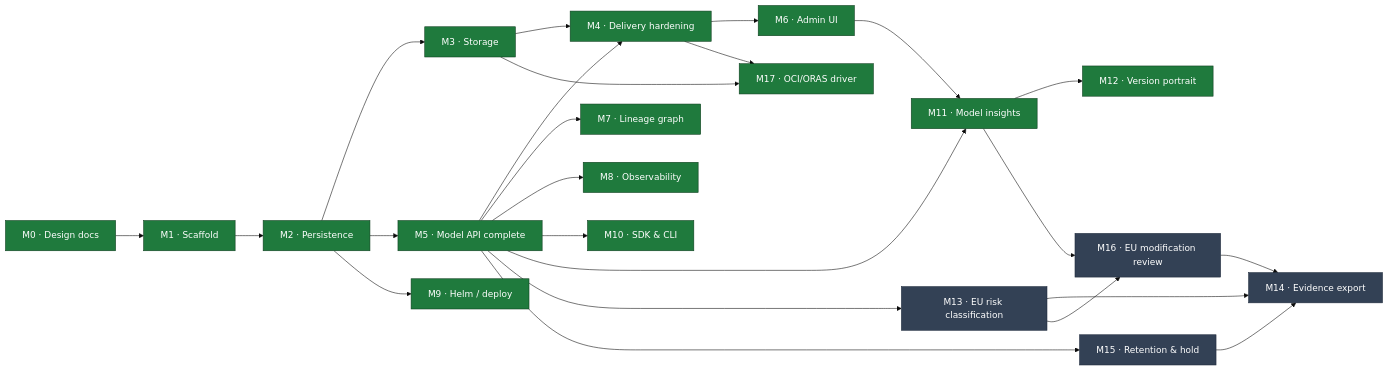
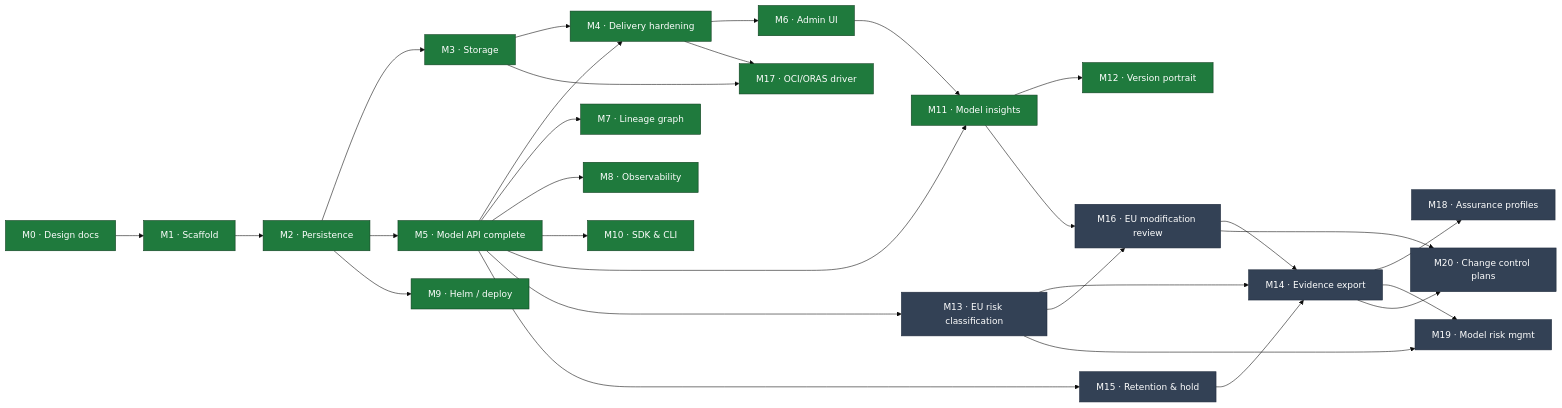
Before and after one commit to proseria-research/lineage: the diagram in MILESTONES.md, drawn with Mermaid (base theme). The commit also changed other lines of this file and 6 other files, not shown here.

First line of the commit message:
docs: spec 20 and 22 — model risk management and change control plans

````diff
--- a/MILESTONES.md
+++ b/MILESTONES.md
@@ -11,34 +11,40 @@
 ```mermaid
 flowchart LR
     M0["M0 · Design docs"] --> M1["M1 · Scaffold"]
     M1 --> M2["M2 · Persistence"]
     M2 --> M3["M3 · Storage"]
     M2 --> M5["M5 · Model API complete"]
     M3 --> M4["M4 · Delivery hardening"]
     M5 --> M4
     M5 --> M7["M7 · Lineage graph"]
     M4 --> M6["M6 · Admin UI"]
     M5 --> M8["M8 · Observability"]
     M2 --> M9["M9 · Helm / deploy"]
     M5 --> M10["M10 · SDK & CLI"]
     M5 --> M11["M11 · Model insights"]
     M6 --> M11
     M11 --> M12["M12 · Version portrait"]
 
     M5 --> M13["M13 · EU risk classification"]
     M13 --> M14["M14 · Evidence export"]
     M13 --> M16["M16 · EU modification review"]
     M11 --> M16
     M16 --> M14
     M5 --> M15["M15 · Retention &amp; hold"]
     M15 --> M14
 
     M3 --> M17["M17 · OCI/ORAS driver"]
     M4 --> M17
 
+    M14 --> M18["M18 · Assurance profiles"]
+    M13 --> M19["M19 · Model risk mgmt"]
+    M14 --> M19
+    M16 --> M20["M20 · Change control plans"]
+    M14 --> M20
+
     classDef done fill:#1f7a3d,stroke:#0d3d1e,color:#fff;
     classDef active fill:#b45309,stroke:#7c3a06,color:#fff;
     classDef todo fill:#334155,stroke:#1e293b,color:#fff;
     class M0,M1,M2,M3,M4,M5,M6,M7,M8,M9,M10,M11,M12,M17 done;
-    class M13,M14,M15,M16 todo;
+    class M13,M14,M15,M16,M18,M19,M20 todo;
 ```
````
